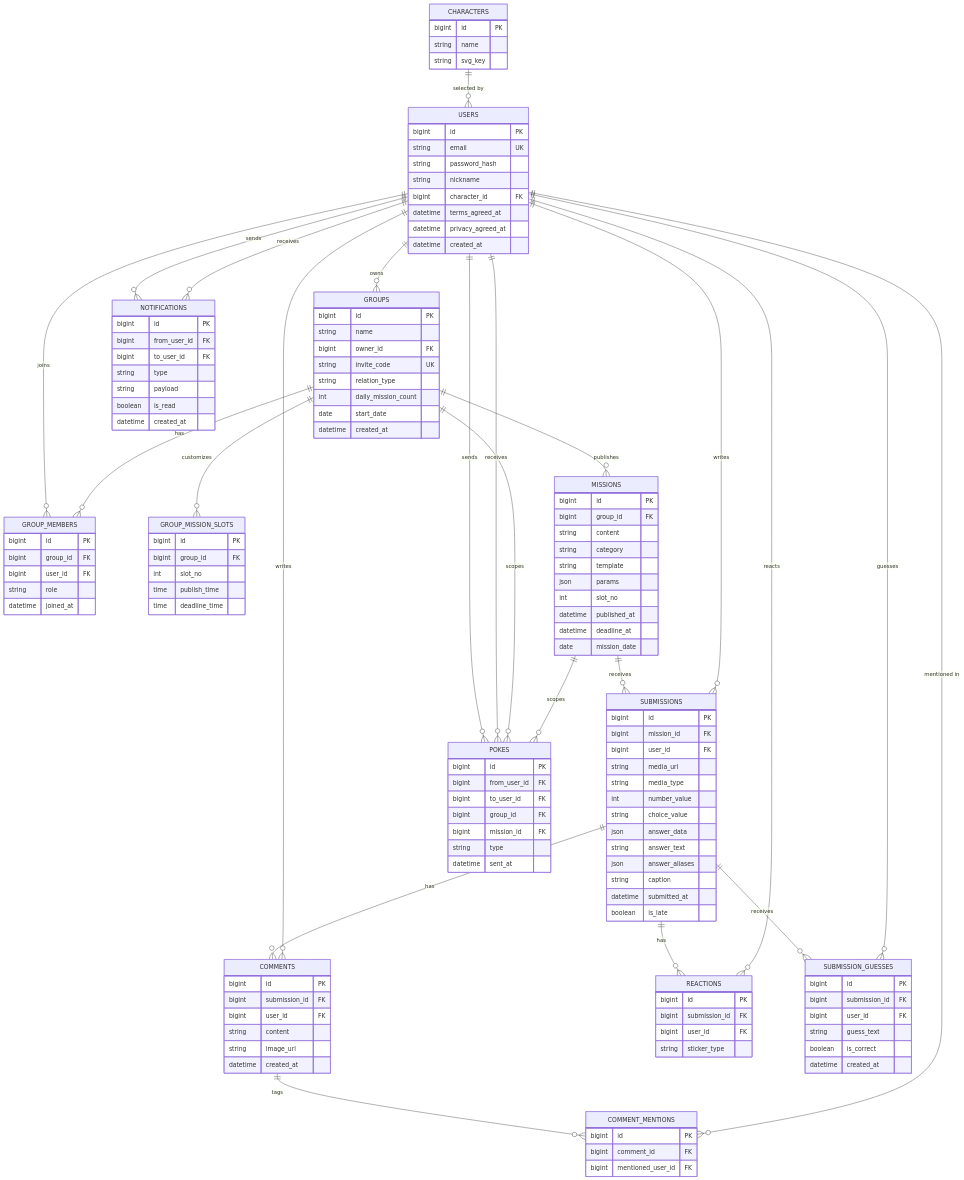
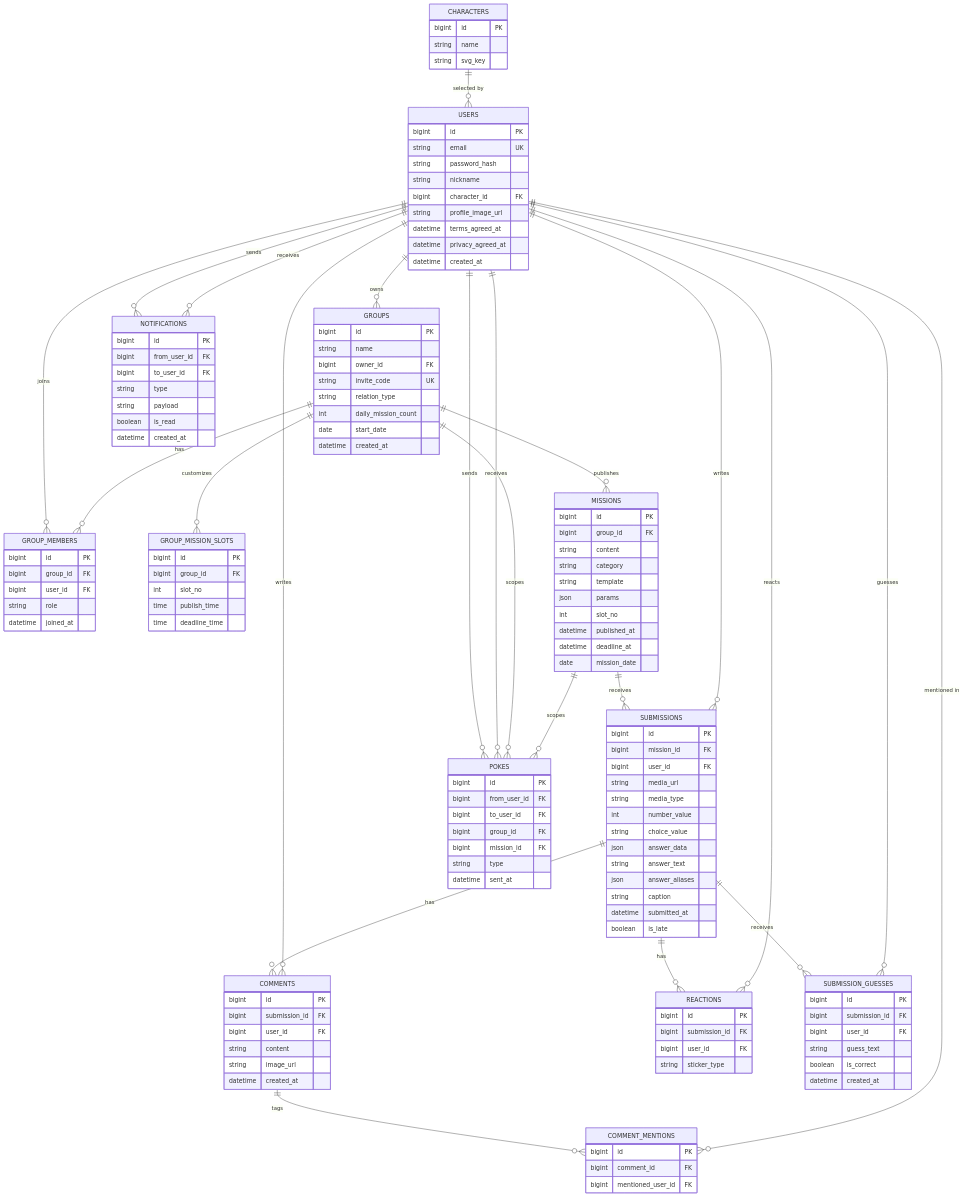
Before and after one commit to Maenghansoo1/Sapphire: the diagram in docs/BACKEND/BACKEND_DB.md, drawn with Mermaid. The commit also changed other lines of this file and 41 other files, not shown here.

```diff
--- a/docs/BACKEND/BACKEND_DB.md
+++ b/docs/BACKEND/BACKEND_DB.md
@@ -39,6 +39,7 @@
     string password_hash
     string nickname
     bigint character_id FK
+    string profile_image_url
     datetime terms_agreed_at
     datetime privacy_agreed_at
     datetime created_at
```
